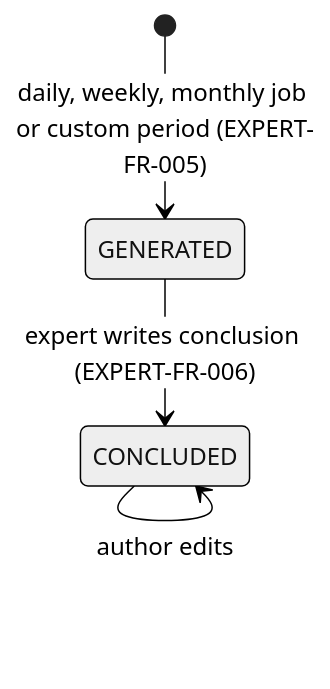
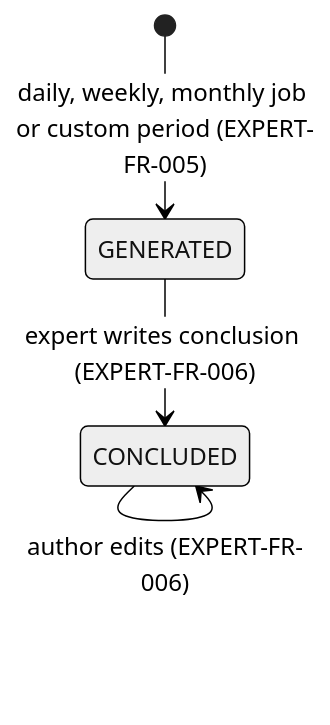
One commit to NBao261/SwiftletCare_KLTN changed diagram 12 of 40 in docs/reports/report4-sdd.md. Above: the diagram before and after it, drawn with Mermaid (neutral theme). The commit also changed other lines of this file and 5 other files, not shown here.

````diff
--- a/docs/reports/report4-sdd.md
+++ b/docs/reports/report4-sdd.md
@@ -1131,6 +1143,6 @@
 ```mermaid
 stateDiagram-v2
   [*] --> GENERATED : daily, weekly, monthly job or custom period (EXPERT-FR-005)
   GENERATED --> CONCLUDED : expert writes conclusion (EXPERT-FR-006)
-  CONCLUDED --> CONCLUDED : author edits
+  CONCLUDED --> CONCLUDED : author edits (EXPERT-FR-006)
 ```
````
